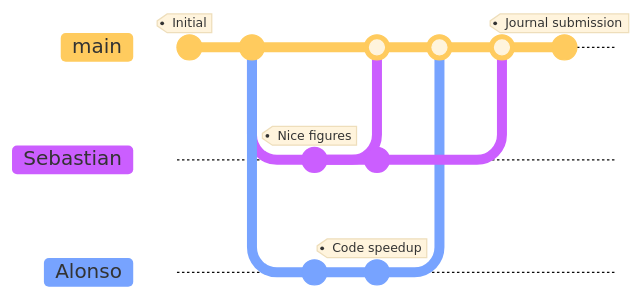
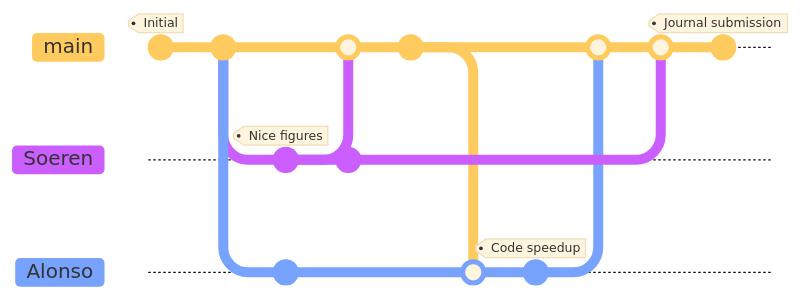
Before and after one commit to alonsoC1s/git_zib_course: the second of 4 diagrams in slides.qmd, drawn with Mermaid. The commit also changed other lines of this file and 1 other file, not shown here. Commit ids are hidden.

````diff
--- a/slides.qmd
+++ b/slides.qmd
@@ -54,29 +106,28 @@
 ```{mermaid}
-%%| fig-width: 100%
-%%| fig-height: 50%
-
 %%{init: {
   'theme': 'base',
   'gitGraph': {'showCommitLabel': false, 'parallelCommits': true}
   } }%%
 gitGraph
    commit id: "Initial commit" tag: "Initial"
    commit
-   branch Sebastian
-   checkout Sebastian
+   branch Soeren
+   checkout Soeren
    commit tag: "Nice figures"
    checkout main
    branch Alonso
    checkout Alonso
    commit
    checkout main
-   merge Sebastian
+   merge Soeren
+   commit
    checkout Alonso
+   merge main
    commit tag: "Code speedup"
-   checkout Sebastian
+   checkout Soeren
    commit
    checkout main
    merge Alonso
-   merge Sebastian
+   merge Soeren
    commit tag: "Journal submission"
 ```
````
